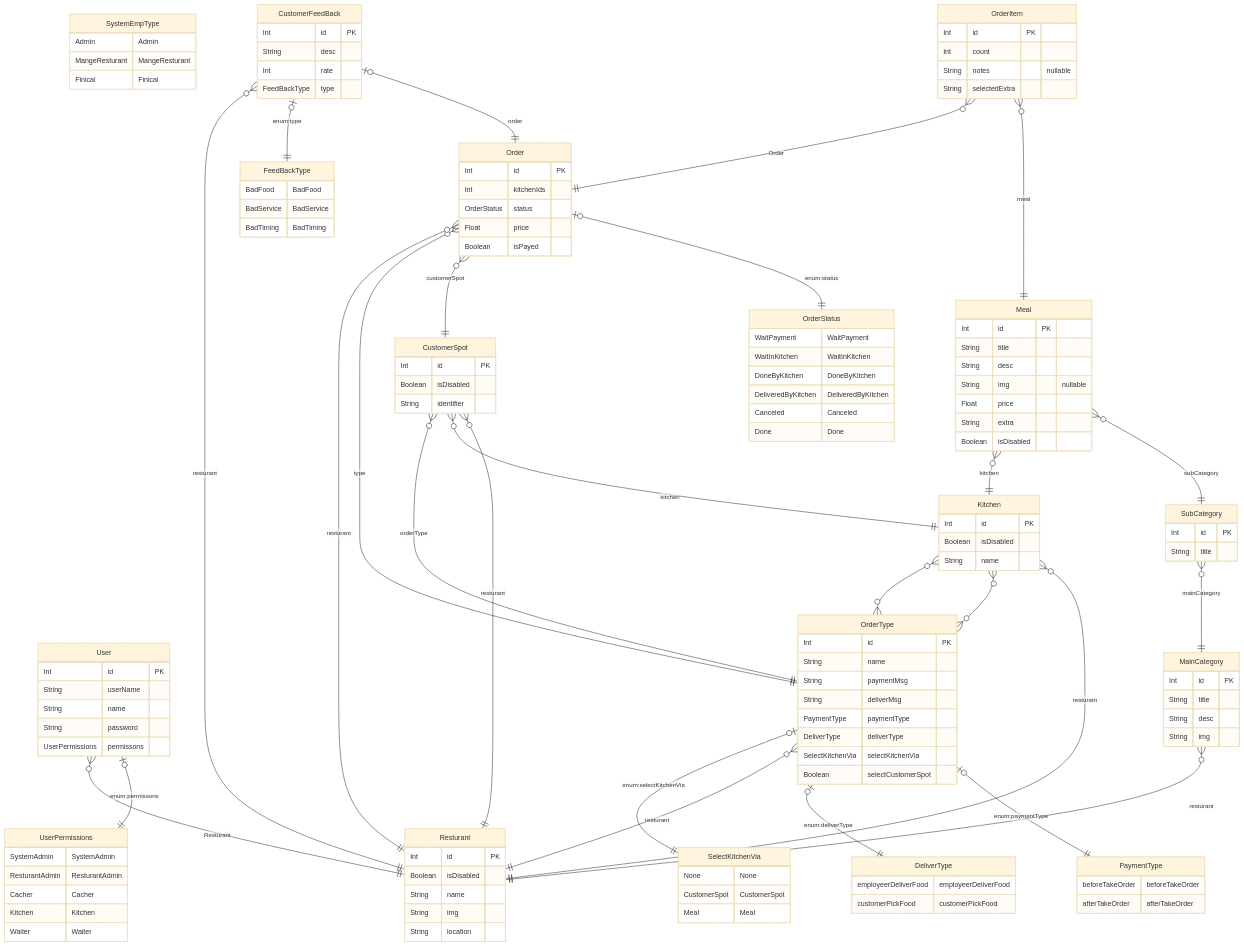
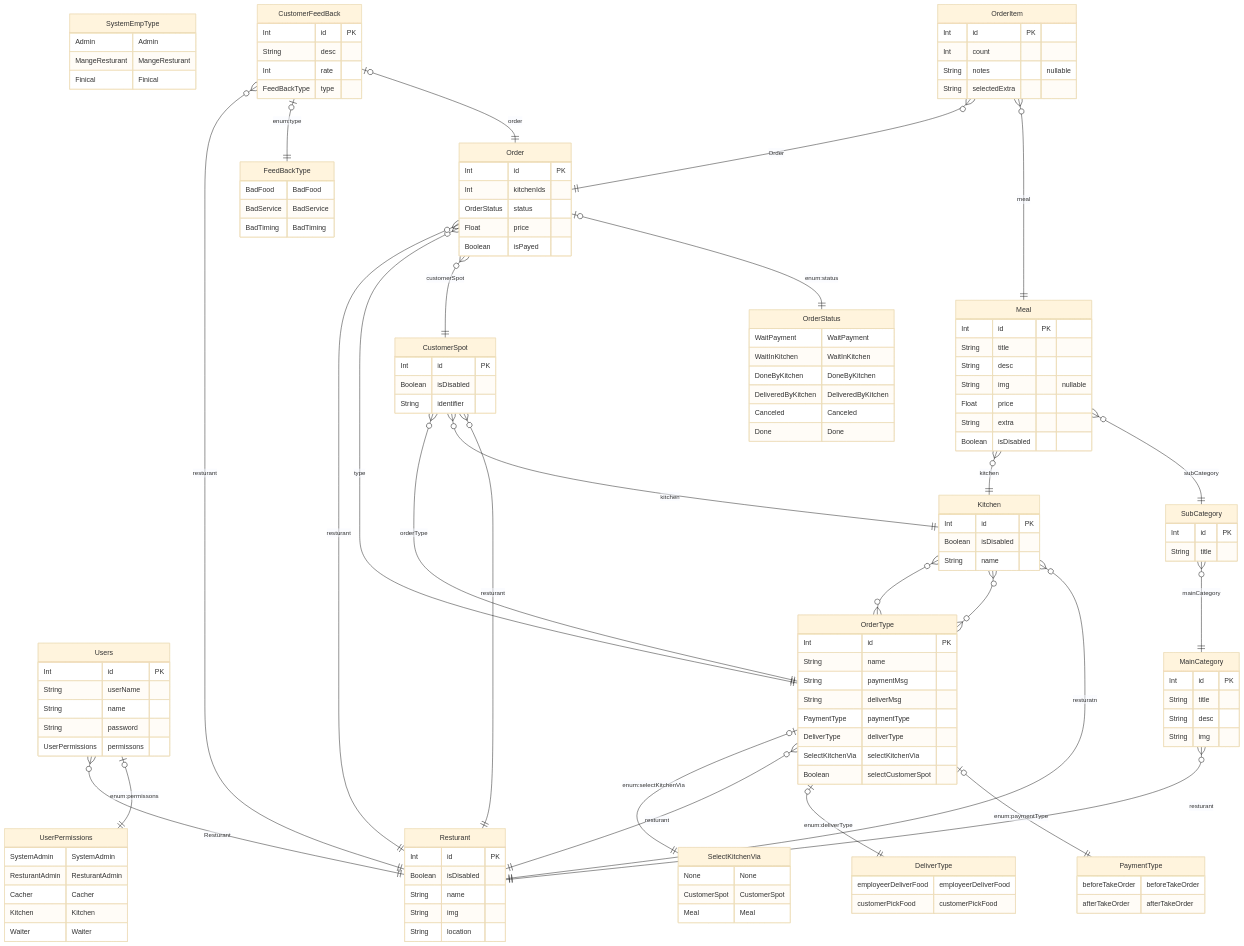
Before and after one commit to Ali1Ammar/emenu-backend: the diagram in prisma/ERD.md, drawn with Mermaid (base theme). The commit also changed 2 other files, not shown here.

```diff
--- a/prisma/ERD.md
+++ b/prisma/ERD.md
@@ -58,7 +58,7 @@
 Meal Meal
         }
     
-  User {
+  Users {
     Int id PK 
     String userName  
     String name  
@@ -151,8 +151,8 @@
     FeedBackType type  
     }
   
-    User o|--|| UserPermissions : "enum:permissons"
-    User o{--|| Resturant : "Resturant"
+    Users o|--|| UserPermissions : "enum:permissons"
+    Users o{--|| Resturant : "Resturant"
     Kitchen o{--|| Resturant : "resturatn"
     Kitchen o{--}o OrderType : ""
     CustomerSpot o{--|| Resturant : "resturant"
```
